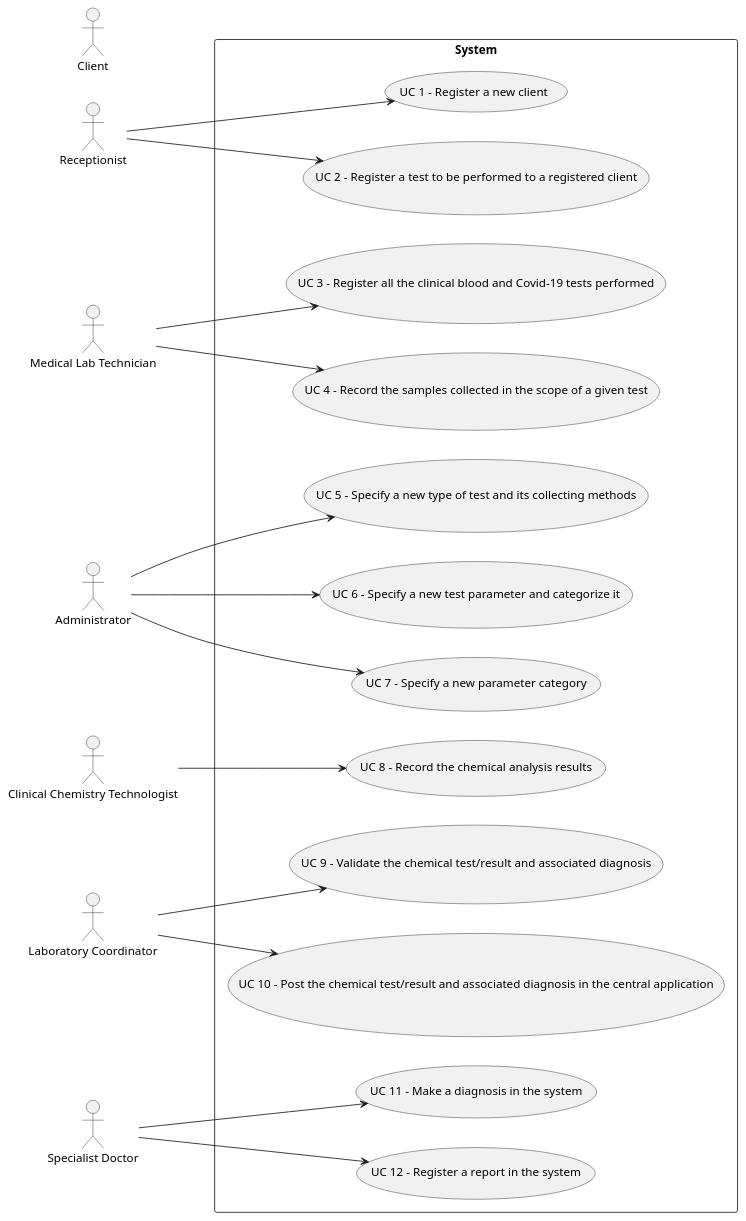
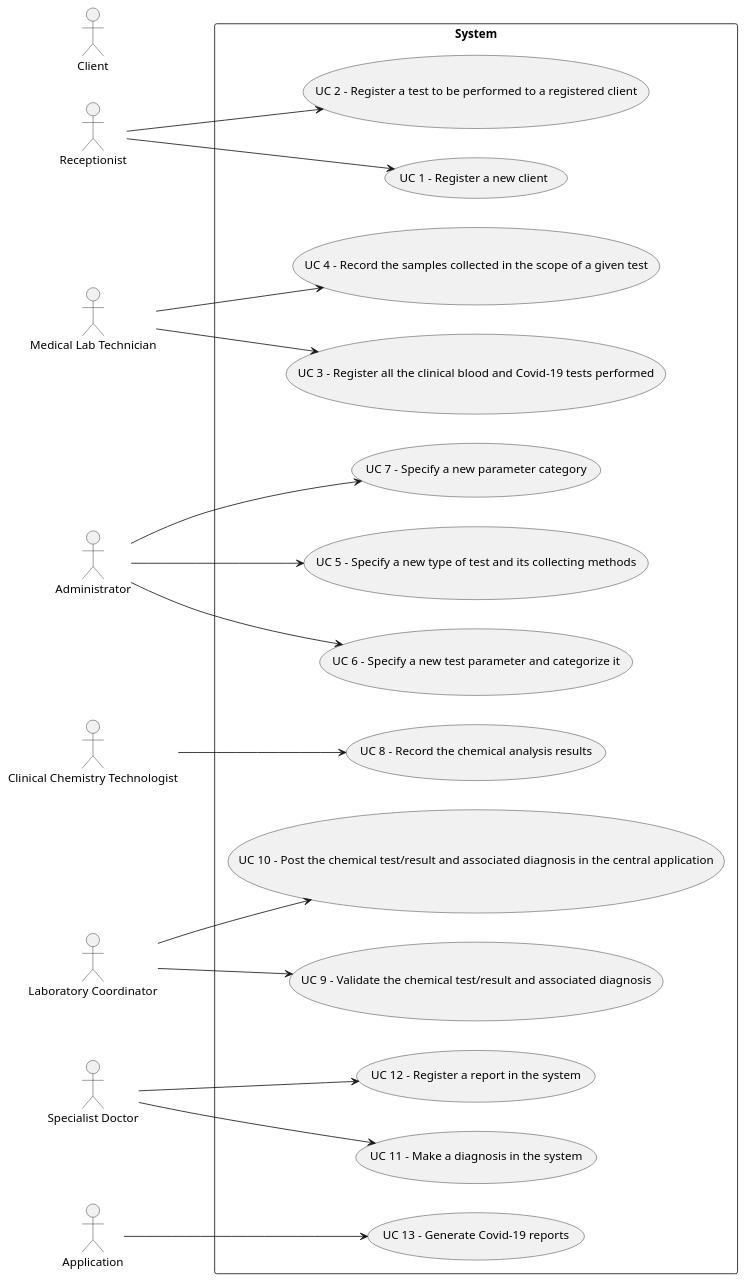
One commit to ana-albergaria/LAPR2-ISEP changed the diagram in docs/SprintA/Use Case Diagram.puml. Above: the diagram before and after it, drawn with PlantUML. The commit also changed 1 other file, not shown here.

Commit message:
adding covid 19 reports use case

```diff
--- a/docs/SprintA/Use Case Diagram.puml
+++ b/docs/SprintA/Use Case Diagram.puml
@@ -1,32 +1,33 @@
 @startuml
 
 left to right direction
 skinparam packageStyle rectangle
 actor Receptionist
 actor "Medical Lab Technician" as MLT
 actor Administrator
 actor "Clinical Chemistry Technologist" as CCT
 actor "Laboratory Coordinator" as LC
 actor "Specialist Doctor" as SD
 actor Client
+actor Application
 
 
 
 rectangle System {
 Receptionist --> (UC 1 - Register a new client)
 Receptionist --> (UC 2 - Register a test to be performed to a registered client)
 MLT --> (UC 3 - Register all the clinical blood and Covid-19 tests performed)
 MLT --> (UC 4 - Record the samples collected in the scope of a given test)
 CCT --> (UC 8 - Record the chemical analysis results)
 Administrator --> (UC 5 - Specify a new type of test and its collecting methods)
 Administrator --> (UC 6 - Specify a new test parameter and categorize it)
 Administrator --> (UC 7 - Specify a new parameter category)
 SD --> (UC 11 - Make a diagnosis in the system)
 SD --> (UC 12 - Register a report in the system)
 LC --> (UC 9 - Validate the chemical test/result and associated diagnosis)
 LC --> (UC 10 - Post the chemical test/result and associated diagnosis in the central application)
-
+Application --> (UC 13 - Generate Covid-19 reports)
 }
 
 
 @enduml
```
